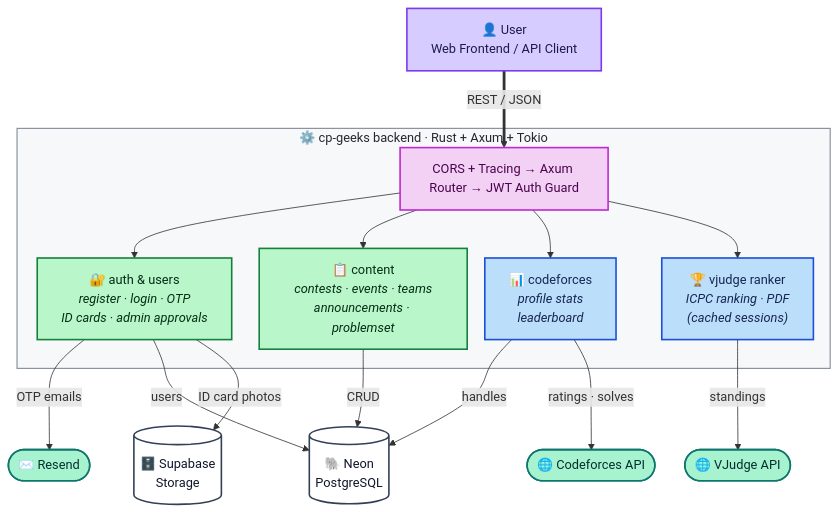
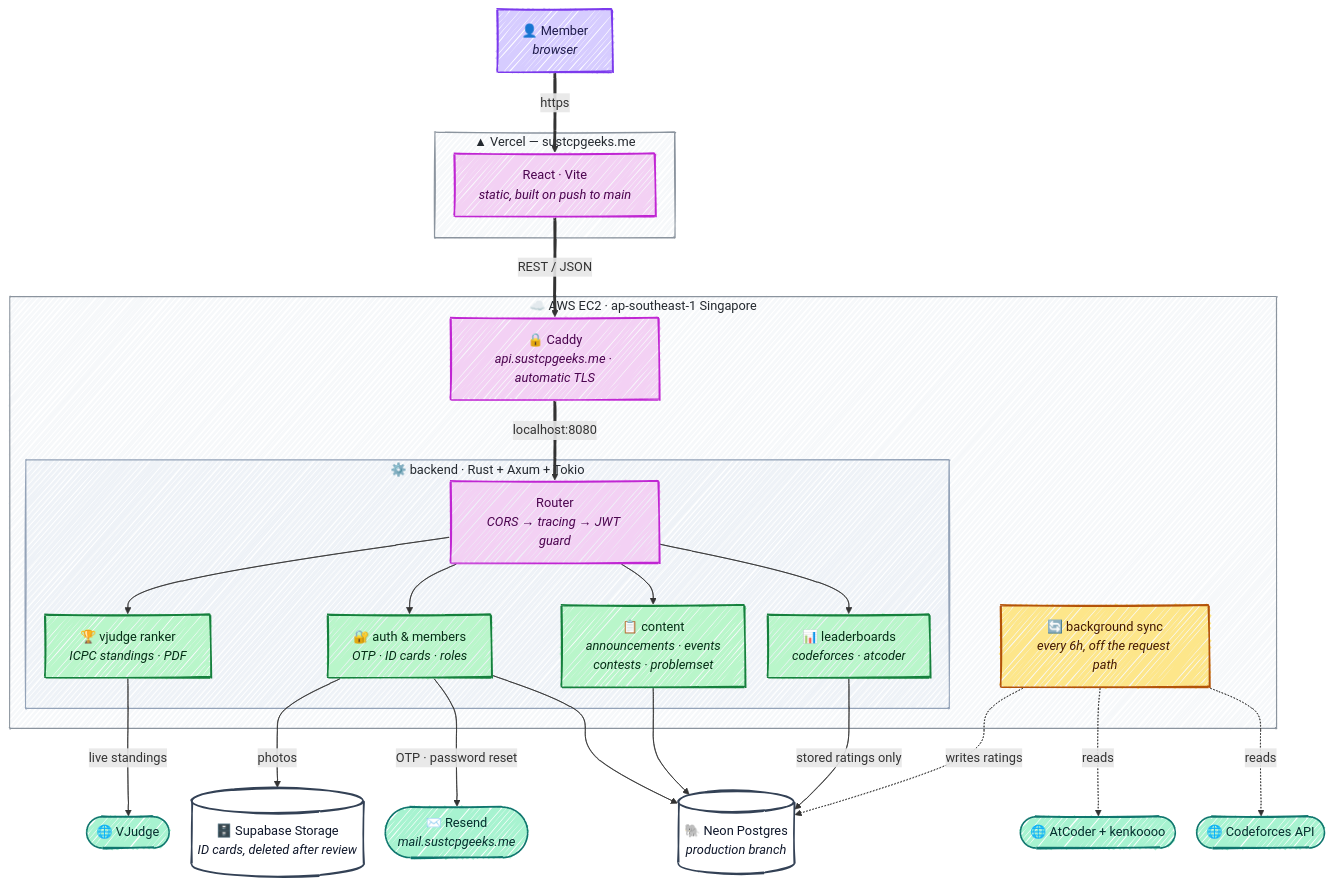
Before and after one commit to sust-cp-geeks/cp-geeks-backend: the diagram in README.md, drawn with Mermaid. The commit also changed other lines of this file, not shown here.

Commit message:
docs: redraw the architecture diagram
The old one predated atcoder, the background sync, and the fact that any of
this is deployed anywhere. It showed codeforces being called from a request
handler, which stopped being true this week.

The new one splits the two paths and says which is which: solid arrows are what
happens while a member waits, dashed is the six-hourly sync. That distinction
is the only architecturally interesting thing here and the old diagram actively
misrepresented it — a page load never waits on codeforces or atcoder now, which
is why both going down this week cost freshness rather than availability.

The vjudge ranker is drawn calling out live because it does, and has to: it
ranks whichever contests you paste in at that moment.

Uses mermaid's handDrawn look. Older renderers ignore the key and draw it
normally, so it degrades rather than breaking.

````diff
--- a/README.md
+++ b/README.md
@@ -12,51 +12,68 @@
 ```mermaid
-%%{init: {"flowchart": {"nodeSpacing": 22, "rankSpacing": 48}}}%%
-flowchart TD
-    user["👤 User<br/>Web Frontend / API Client"]
+%%{init: {"look": "handDrawn", "flowchart": {"nodeSpacing": 26, "rankSpacing": 50}}}%%
+flowchart TB
+    member["👤 Member<br/><i>browser</i>"]
 
-    subgraph backend["⚙️ cp-geeks backend · Rust + Axum + Tokio"]
-        pipeline["CORS + Tracing → Axum Router → JWT Auth Guard"]
-
-        auth["🔐 auth & users<br/><i>register · login · OTP<br/>ID cards · admin approvals</i>"]
-        content["📋 content<br/><i>contests · events · teams<br/>announcements · problemset</i>"]
-        cf["📊 codeforces<br/><i>profile stats<br/>leaderboard</i>"]
-        ranker["🏆 vjudge ranker<br/><i>ICPC ranking · PDF<br/>(cached sessions)</i>"]
-
-        pipeline --> auth
-        pipeline --> content
-        pipeline --> cf
-        pipeline --> ranker
+    subgraph vercel["▲ Vercel — sustcpgeeks.me"]
+        spa["React · Vite<br/><i>static, built on push to main</i>"]
     end
 
-    db[("🐘 Neon<br/>PostgreSQL")]
-    store[("🗄️ Supabase<br/>Storage")]
-    resend(["✉️ Resend"])
-    cf_api(["🌐 Codeforces API"])
-    vj_api(["🌐 VJudge API"])
+    subgraph aws["☁️ AWS EC2 · ap-southeast-1 Singapore"]
+        caddy["🔒 Caddy<br/><i>api.sustcpgeeks.me · automatic TLS</i>"]
 
-    user == "REST / JSON" ==> pipeline
+        subgraph app["⚙️ backend · Rust + Axum + Tokio"]
+            router["Router<br/><i>CORS → tracing → JWT guard</i>"]
+            auth["🔐 auth &amp; members<br/><i>OTP · ID cards · roles</i>"]
+            content["📋 content<br/><i>announcements · events<br/>contests · problemset</i>"]
+            boards["📊 leaderboards<br/><i>codeforces · atcoder</i>"]
+            ranker["🏆 vjudge ranker<br/><i>ICPC standings · PDF</i>"]
+        end
 
-    auth -- "OTP emails" --> resend
-    auth -- "users" --> db
-    auth -- "ID card photos" --> store
-    content -- "CRUD" --> db
-    cf -- "handles" --> db
-    cf -- "ratings · solves" --> cf_api
-    ranker -- "standings" --> vj_api
+        sync["🔄 background sync<br/><i>every 6h, off the request path</i>"]
+    end
 
-    style backend fill:#f6f8fa,stroke:#8b949e,color:#24292f,stroke-width:1.5px;
+    neon[("🐘 Neon Postgres<br/><i>production branch</i>")]
+    supa[("🗄️ Supabase Storage<br/><i>ID cards, deleted after review</i>")]
+    resend(["✉️ Resend<br/><i>mail.sustcpgeeks.me</i>"])
+    cfapi(["🌐 Codeforces API"])
+    atapi(["🌐 AtCoder + kenkoooo"])
+    vjapi(["🌐 VJudge"])
 
-    classDef userStyle fill:#d6ccff,stroke:#7c3aed,color:#1e1b4b,stroke-width:2px;
-    classDef pipeStyle fill:#f3d1f4,stroke:#c026d3,color:#4a044e,stroke-width:2px;
-    classDef svcStyle fill:#b9f6ca,stroke:#15803d,color:#052e16,stroke-width:2px;
-    classDef ioStyle fill:#bbdefb,stroke:#1d4ed8,color:#172554,stroke-width:2px;
-    classDef dbStyle fill:#fff,stroke:#334155,color:#0f172a,stroke-width:2px;
-    classDef extStyle fill:#a7f3d0,stroke:#0f766e,color:#042f2e,stroke-width:2px;
+    member ==>|"https"| spa
+    spa ==>|"REST / JSON"| caddy
+    caddy ==>|"localhost:8080"| router
 
-    class user userStyle;
-    class pipeline pipeStyle;
-    class auth,content svcStyle;
-    class cf,ranker ioStyle;
-    class db,store dbStyle;
-    class resend,cf_api,vj_api extStyle;
+    router --> auth
+    router --> content
+    router --> boards
+    router --> ranker
+
+    auth --> neon
+    auth -->|"OTP · password reset"| resend
+    auth -->|"photos"| supa
+    content --> neon
+    boards -->|"stored ratings only"| neon
+    ranker -->|"live standings"| vjapi
+
+    sync -.->|"writes ratings"| neon
+    sync -.->|"reads"| cfapi
+    sync -.->|"reads"| atapi
+
+    style vercel fill:#f6f8fa,stroke:#8b949e,color:#24292f
+    style aws fill:#f6f8fa,stroke:#8b949e,color:#24292f
+    style app fill:#eef2f7,stroke:#94a3b8,color:#24292f
+
+    classDef person fill:#d6ccff,stroke:#7c3aed,color:#1e1b4b,stroke-width:2px;
+    classDef web fill:#f3d1f4,stroke:#c026d3,color:#4a044e,stroke-width:2px;
+    classDef svc fill:#b9f6ca,stroke:#15803d,color:#052e16,stroke-width:2px;
+    classDef job fill:#fde68a,stroke:#b45309,color:#451a03,stroke-width:2px;
+    classDef store fill:#fff,stroke:#334155,color:#0f172a,stroke-width:2px;
+    classDef ext fill:#a7f3d0,stroke:#0f766e,color:#042f2e,stroke-width:2px;
+
+    class member person;
+    class spa,caddy,router web;
+    class auth,content,boards,ranker svc;
+    class sync job;
+    class neon,supa store;
+    class resend,cfapi,atapi,vjapi ext;
 ```
````
